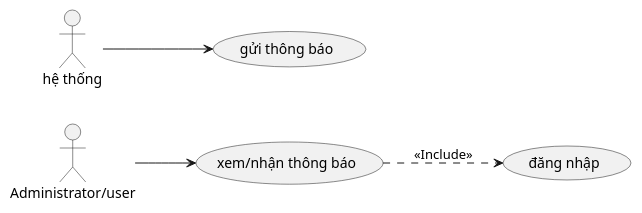
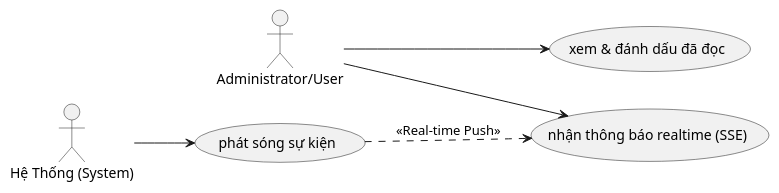
One commit to docuong039/worksphere changed the diagram in docs/use-cases/15_thong_bao.md. Above: the diagram before and after it, drawn with PlantUML. The commit also changed other lines of this file and 26 other files, not shown here.

Commit message:
update diagram

````diff
--- a/docs/use-cases/15_thong_bao.md
+++ b/docs/use-cases/15_thong_bao.md
@@ -5,18 +5,17 @@
 ```plantuml
 @startuml
 left to right direction
-actor "Administrator/user" as User
-actor "hệ thống" as System
+actor "Administrator/User" as User
+actor "Hệ Thống (System)" as System
 
-usecase "đăng nhập" as UC_Login
-
-usecase "xem/nhận thông báo" as UC_Receive
-usecase "gửi thông báo" as UC_Send
+usecase "nhận thông báo realtime (SSE)" as UC_Receive
+usecase "xem & đánh dấu đã đọc" as UC_Read
+usecase "phát sóng sự kiện" as UC_Send
 
 User --> UC_Receive
+User --> UC_Read
 System --> UC_Send
 
-UC_Receive ..> UC_Login : <<Include>>
-
+UC_Send ..> UC_Receive : <<Real-time Push>>
 @enduml
 ```
````
